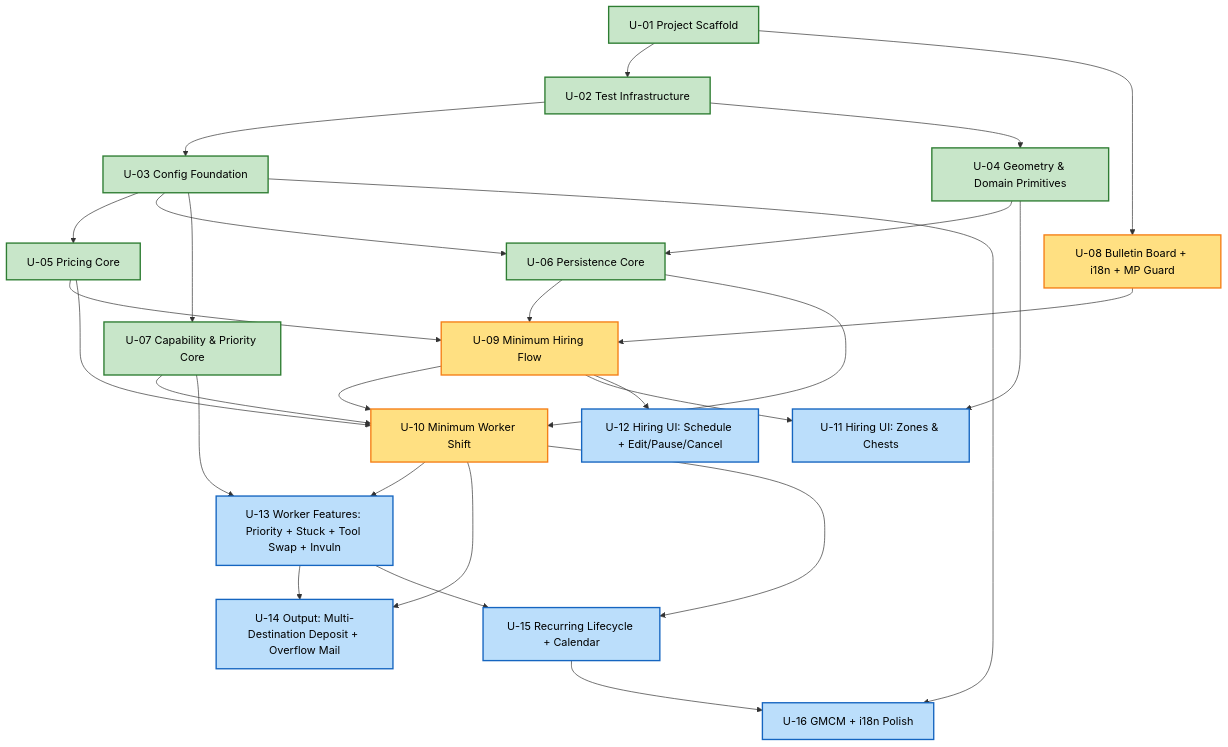
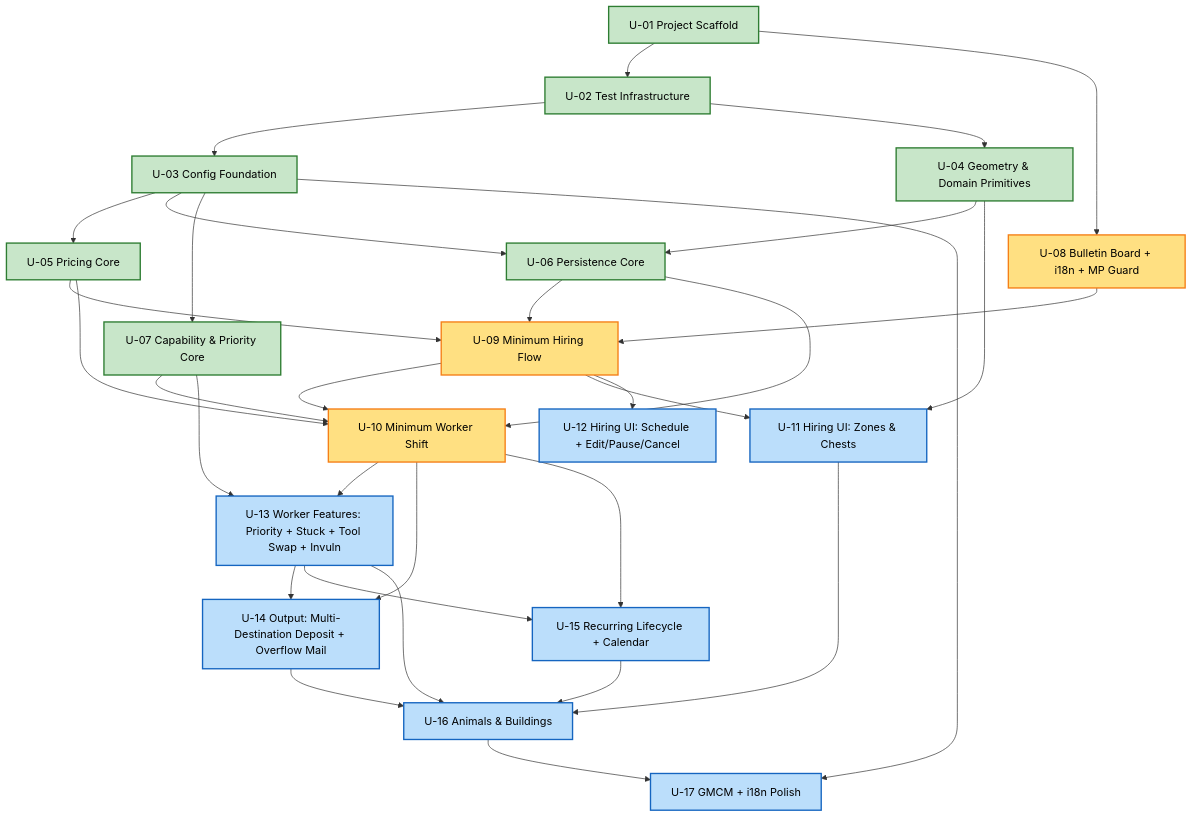
One commit to woodske/dayswork changed the first of 2 diagrams in aidlc-docs/inception/application-design/unit-of-work-dependency.md. Above: the diagram before and after it, drawn with Mermaid. The commit also changed other lines of this file and 9 other files, not shown here.

Commit message:
Add animals and buildings unit of work

````diff
--- a/aidlc-docs/inception/application-design/unit-of-work-dependency.md
+++ b/aidlc-docs/inception/application-design/unit-of-work-dependency.md
@@ -11,65 +11,71 @@
 ```mermaid
 flowchart TD
     U01[U-01 Project Scaffold]
     U02[U-02 Test Infrastructure]
     U03[U-03 Config Foundation]
     U04[U-04 Geometry &amp; Domain Primitives]
     U05[U-05 Pricing Core]
     U06[U-06 Persistence Core]
     U07[U-07 Capability &amp; Priority Core]
     U08[U-08 Bulletin Board + i18n + MP Guard]
     U09[U-09 Minimum Hiring Flow]
     U10[U-10 Minimum Worker Shift]
     U11[U-11 Hiring UI: Zones &amp; Chests]
     U12[U-12 Hiring UI: Schedule + Edit/Pause/Cancel]
     U13[U-13 Worker Features: Priority + Stuck + Tool Swap + Invuln]
     U14[U-14 Output: Multi-Destination Deposit + Overflow Mail]
     U15[U-15 Recurring Lifecycle + Calendar]
-    U16[U-16 GMCM + i18n Polish]
+    U16[U-16 Animals &amp; Buildings]
+    U17[U-17 GMCM + i18n Polish]
 
     U01 --> U02
     U01 --> U08
 
     U02 --> U03
     U02 --> U04
 
     U03 --> U05
     U03 --> U06
     U03 --> U07
 
     U04 --> U06
 
     U05 --> U09
     U06 --> U09
     U08 --> U09
 
     U05 --> U10
     U06 --> U10
     U07 --> U10
     U09 --> U10
 
     U09 --> U11
     U04 --> U11
 
     U09 --> U12
 
     U07 --> U13
     U10 --> U13
 
     U10 --> U14
     U13 --> U14
 
     U10 --> U15
     U13 --> U15
 
-    U03 --> U16
+    U11 --> U16
+    U13 --> U16
+    U14 --> U16
     U15 --> U16
+
+    U03 --> U17
+    U16 --> U17
 
     classDef foundation fill:#C8E6C9,stroke:#2E7D32,stroke-width:2px,color:#000
     classDef thinSlice fill:#FFE082,stroke:#F57F17,stroke-width:2px,color:#000
     classDef deepening fill:#BBDEFB,stroke:#1565C0,stroke-width:2px,color:#000
 
     class U01,U02,U03,U04,U05,U06,U07 foundation
     class U08,U09,U10 thinSlice
-    class U11,U12,U13,U14,U15,U16 deepening
+    class U11,U12,U13,U14,U15,U16,U17 deepening
 ```
````
